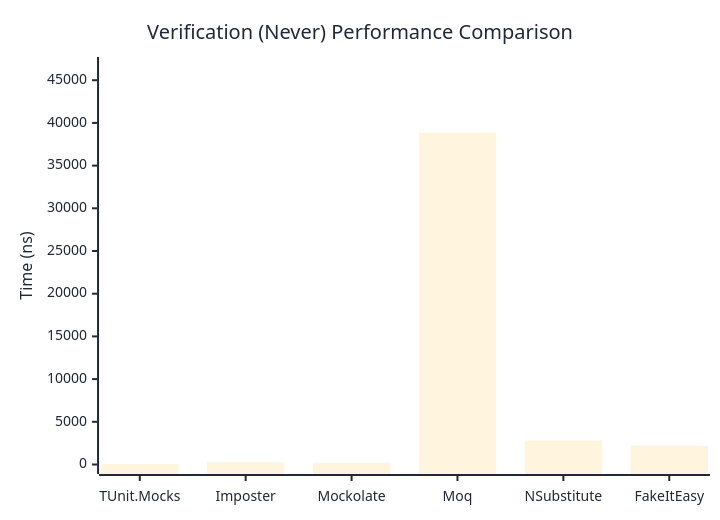
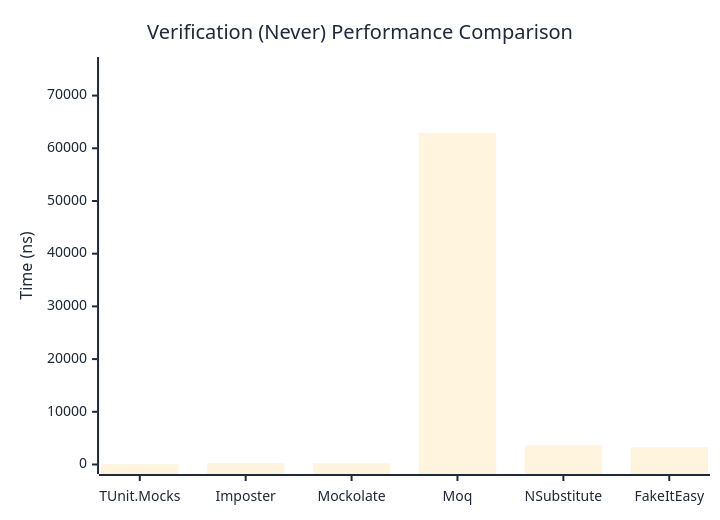
Before and after one commit to thomhurst/TUnit: the second of 3 diagrams in docs/docs/benchmarks/mocks/Verification.md, drawn with Mermaid. The commit also changed other lines of this file and 14 other files, not shown here.

````diff
--- a/docs/docs/benchmarks/mocks/Verification.md
+++ b/docs/docs/benchmarks/mocks/Verification.md
@@ -71,27 +71,27 @@
 ```mermaid
 %%{init: {
   'theme':'base',
   'themeVariables': {
     'primaryColor': '#2563eb',
     'primaryTextColor': '#1f2937',
     'primaryBorderColor': '#1e40af',
     'lineColor': '#6b7280',
     'secondaryColor': '#7c3aed',
     'tertiaryColor': '#dc2626',
     'background': '#ffffff',
     'pie1': '#2563eb',
     'pie2': '#7c3aed',
     'pie3': '#dc2626',
     'pie4': '#f59e0b',
     'pie5': '#10b981',
     'pie6': '#06b6d4',
     'pie7': '#ec4899',
     'pie8': '#6366f1'
   }
 }}%%
 xychart-beta
   title "Verification (Never) Performance Comparison"
   x-axis ["TUnit.Mocks", "Imposter", "Mockolate", "Moq", "NSubstitute", "FakeItEasy"]
-  y-axis "Time (ns)" 0 --> 46607
-  bar [46.69, 264.01, 207.27, 38838.68, 2807.98, 2200.81]
+  y-axis "Time (ns)" 0 --> 75517
+  bar [54.87, 329.6, 238.01, 62930.27, 3642.63, 3275.96]
 ```
````
